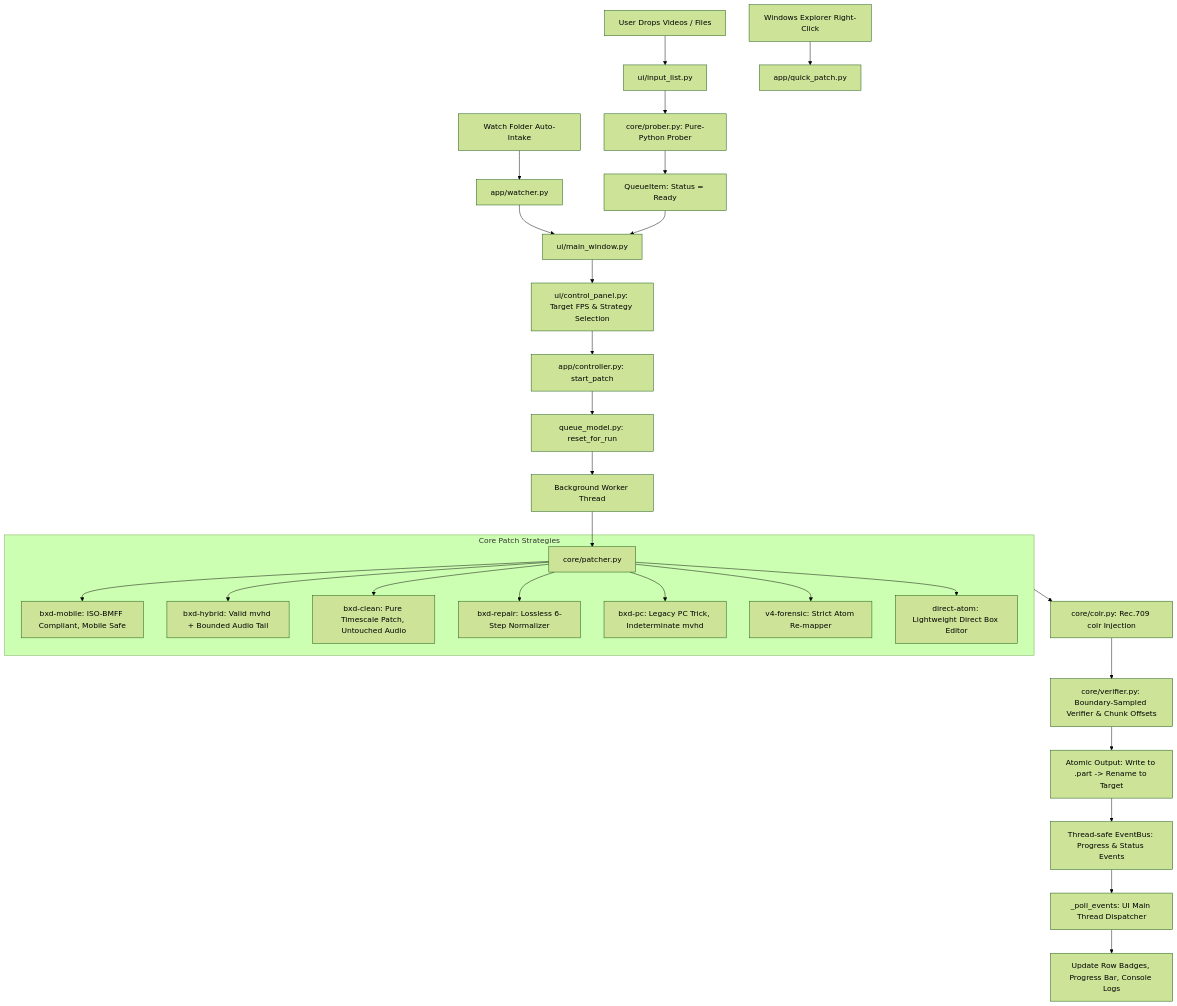
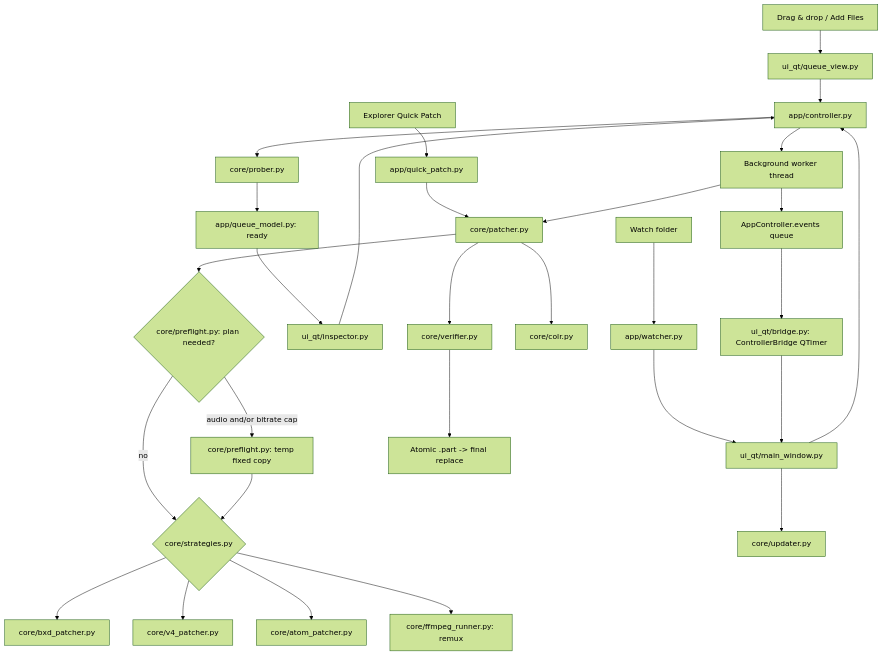
The diagram in AI_CODEBASE_SUMMARY.md (x1Swimzft/FPS-Patcher-Studio), drawn with Mermaid (forest theme) before and after one commit. The commit also changed other lines of this file and 5 other files, not shown here.

Commit message:
docs: sync v1.2.0 roadmap, architecture and QA notes

````diff
--- a/AI_CODEBASE_SUMMARY.md
+++ b/AI_CODEBASE_SUMMARY.md
@@ -115,32 +169,31 @@
 ```mermaid
 flowchart TD
-    UserDrop[User Drops Videos / Files] --> InputList[ui/input_list.py]
-    WatchFolder[Watch Folder Auto-Intake] --> Watcher[app/watcher.py]
-    Watcher --> MainWindow[ui/main_window.py]
-    ContextMenu[Windows Explorer Right-Click] --> QuickPatch[app/quick_patch.py]
-    InputList --> Prober[core/prober.py: Pure-Python Prober]
-    Prober --> QueueItemReady[QueueItem: Status = Ready]
-    QueueItemReady --> MainWindow
-    MainWindow --> ControlPanel[ui/control_panel.py: Target FPS & Strategy Selection]
-    ControlPanel --> ControllerStart[app/controller.py: start_patch]
-    ControllerStart --> ResetRun[queue_model.py: reset_for_run]
-    ResetRun --> WorkerThread[Background Worker Thread]
-    WorkerThread --> Dispatcher[core/patcher.py]
-    
-    subgraph PatchStrategies [Core Patch Strategies]
-        Dispatcher --> BXD_Mobile[bxd-mobile: ISO-BMFF Compliant, Mobile Safe]
-        Dispatcher --> BXD_Hybrid[bxd-hybrid: Valid mvhd + Bounded Audio Tail]
-        Dispatcher --> BXD_Clean[bxd-clean: Pure Timescale Patch, Untouched Audio]
-        Dispatcher --> BXD_Repair[bxd-repair: Lossless 6-Step Normalizer]
-        Dispatcher --> BXD_PC[bxd-pc: Legacy PC Trick, Indeterminate mvhd]
-        Dispatcher --> V4_Forensic[v4-forensic: Strict Atom Re-mapper]
-        Dispatcher --> Direct_Atom[direct-atom: Lightweight Direct Box Editor]
-    end
-    
-    PatchStrategies --> ColorGuard[core/colr.py: Rec.709 colr Injection]
-    ColorGuard --> Verifier[core/verifier.py: Boundary-Sampled Verifier & Chunk Offsets]
-    Verifier --> TempFile[Atomic Output: Write to .part -> Rename to Target]
-    TempFile --> EventBus[Thread-safe EventBus: Progress & Status Events]
-    EventBus --> TkPoll[_poll_events: UI Main Thread Dispatcher]
-    TkPoll --> UIUpdate[Update Row Badges, Progress Bar, Console Logs]
+    Drop["Drag & drop / Add Files"] --> QueueView["ui_qt/queue_view.py"]
+    Watch["Watch folder"] --> Watcher["app/watcher.py"]
+    Explorer["Explorer Quick Patch"] --> QuickPatch["app/quick_patch.py"]
+    QueueView --> Controller["app/controller.py"]
+    Watcher --> MainWindow["ui_qt/main_window.py"]
+    MainWindow --> Controller
+    QuickPatch --> Patcher["core/patcher.py"]
+    Controller --> Probe["core/prober.py"]
+    Probe --> QueueModel["app/queue_model.py: ready"]
+    QueueModel --> Inspector["ui_qt/inspector.py"]
+    Inspector --> Controller
+    Controller --> Worker["Background worker thread"]
+    Worker --> Patcher
+    Patcher --> Plan{"core/preflight.py: plan needed?"}
+    Plan -- "audio and/or bitrate cap" --> Preflight["core/preflight.py: temp fixed copy"]
+    Plan -- "no" --> Strategy
+    Preflight --> Strategy{"core/strategies.py"}
+    Strategy --> BXD["core/bxd_patcher.py"]
+    Strategy --> V4["core/v4_patcher.py"]
+    Strategy --> Atom["core/atom_patcher.py"]
+    Strategy --> FFmpeg["core/ffmpeg_runner.py: remux"]
+    Patcher --> Colr["core/colr.py"]
+    Patcher --> Verify["core/verifier.py"]
+    Verify --> Atomic["Atomic .part -> final replace"]
+    Worker --> Events["AppController.events queue"]
+    Events --> Bridge["ui_qt/bridge.py: ControllerBridge QTimer"]
+    Bridge --> MainWindow
+    MainWindow --> Update["core/updater.py"]
 ```
````
